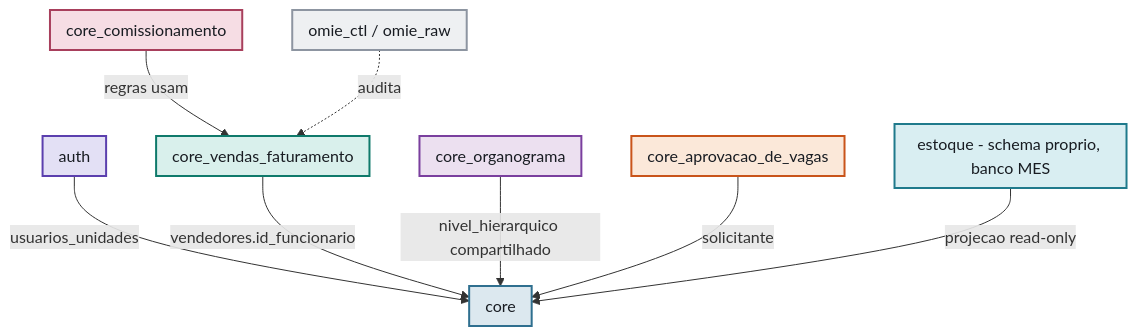
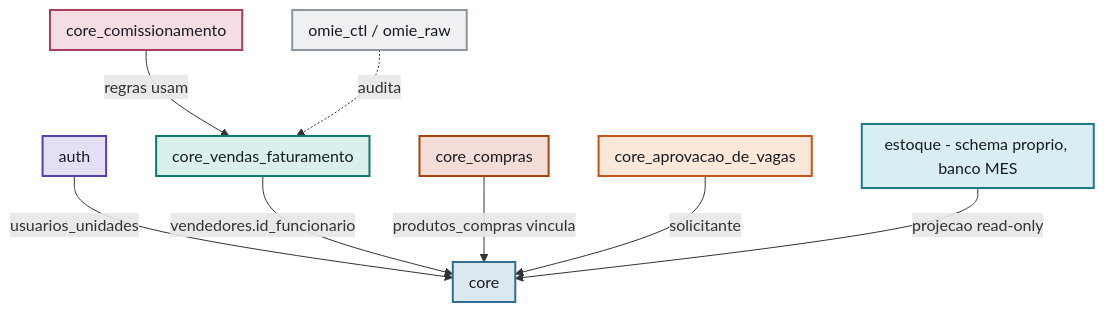
Diagram 17 of 28 in 04-Arquitetura-Transversal/Diagramas-UML.md (Acosvital/vault-avhub-mer), drawn with Mermaid before and after one commit. The commit also changed other lines of this file and 23 other files, not shown here.

````diff
--- a/04-Arquitetura-Transversal/Diagramas-UML.md
+++ b/04-Arquitetura-Transversal/Diagramas-UML.md
@@ -747,36 +973,36 @@
 ```mermaid
 flowchart TB
     subgraph P_CORE[core]
     end
     subgraph P_AUTH[auth]
     end
     subgraph P_VENDAS[core_vendas_faturamento]
     end
+    subgraph P_COMPRAS[core_compras]
+    end
     subgraph P_COMISSAO[core_comissionamento]
     end
     subgraph P_VAGAS[core_aprovacao_de_vagas]
-    end
-    subgraph P_ORG[core_organograma]
     end
     subgraph P_OMIECTL[omie_ctl / omie_raw]
     end
     subgraph P_ESTOQUE[estoque - schema proprio, banco MES]
     end
 
     P_AUTH -->|usuarios_unidades| P_CORE
     P_VENDAS -->|vendedores.id_funcionario| P_CORE
+    P_COMPRAS -->|produtos_compras vincula| P_CORE
     P_COMISSAO -->|regras usam| P_VENDAS
-    P_ORG -->|nivel_hierarquico compartilhado| P_CORE
     P_VAGAS -->|solicitante| P_CORE
     P_OMIECTL -.audita.-> P_VENDAS
     P_ESTOQUE -->|projecao read-only| P_CORE
 
     style P_CORE fill:#dce8ef,stroke:#2f6f8f,stroke-width:2px,color:#181c22
     style P_AUTH fill:#e3e0f5,stroke:#5b3fae,stroke-width:2px,color:#181c22
     style P_VENDAS fill:#d9f0ec,stroke:#0f7a6b,stroke-width:2px,color:#181c22
+    style P_COMPRAS fill:#f3ddd6,stroke:#a8420f,stroke-width:2px,color:#181c22
     style P_COMISSAO fill:#f6dde4,stroke:#a83f5c,stroke-width:2px,color:#181c22
     style P_VAGAS fill:#fbe8d9,stroke:#c9541a,stroke-width:2px,color:#181c22
-    style P_ORG fill:#ece0f0,stroke:#7a3f9e,stroke-width:2px,color:#181c22
     style P_OMIECTL fill:#eef0f2,stroke:#8d95a1,stroke-width:2px,color:#181c22
     style P_ESTOQUE fill:#d9eef2,stroke:#1f7a8c,stroke-width:2px,color:#181c22
 ```
````
